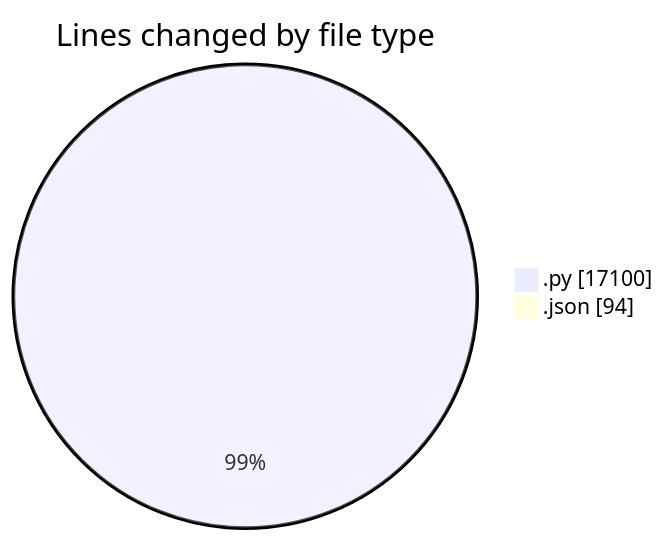
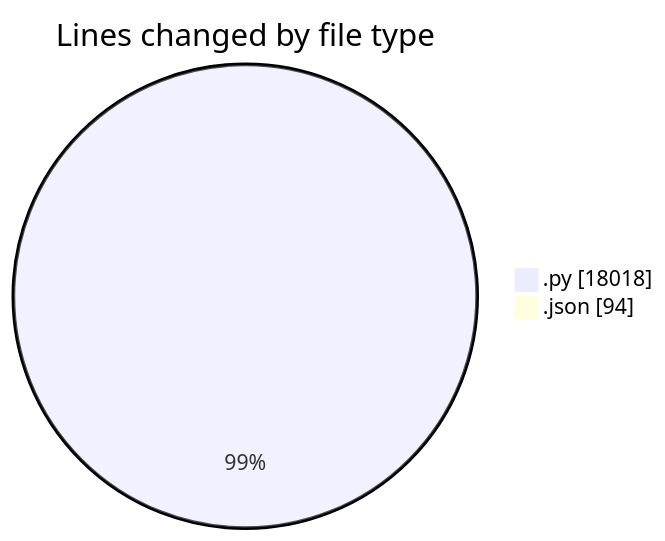
The first of 2 diagrams in 2025-07-14/telebot/README.md (jrari/code-tracking), drawn with Mermaid before and after one commit. The commit also changed other lines of this file and 1 other file, not shown here.

````diff
--- a/2025-07-14/telebot/README.md
+++ b/2025-07-14/telebot/README.md
@@ -41,6 +42,6 @@
 ```mermaid
 pie showData
 title Lines changed by file type
-".py" : 17100
+".py" : 18018
 ".json" : 94
 ```
````
